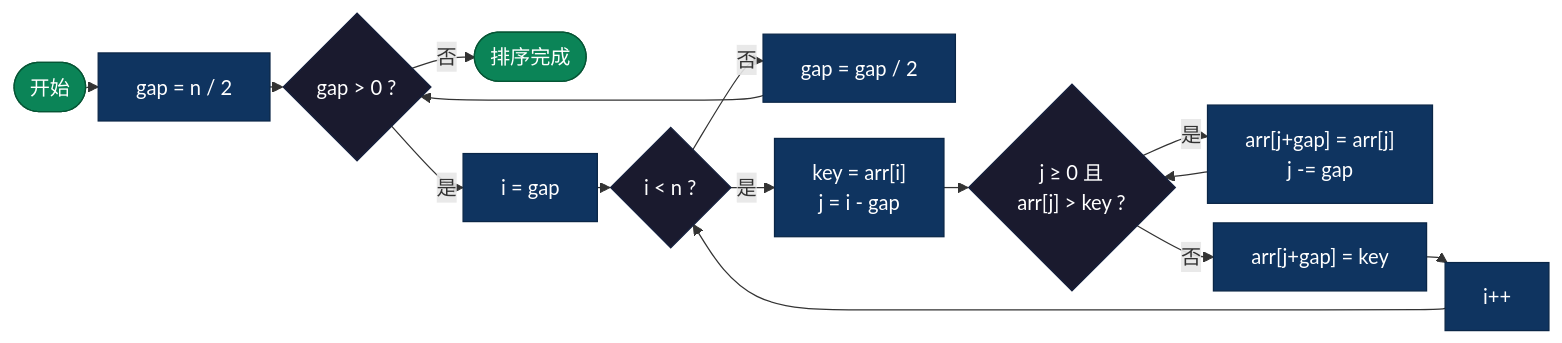
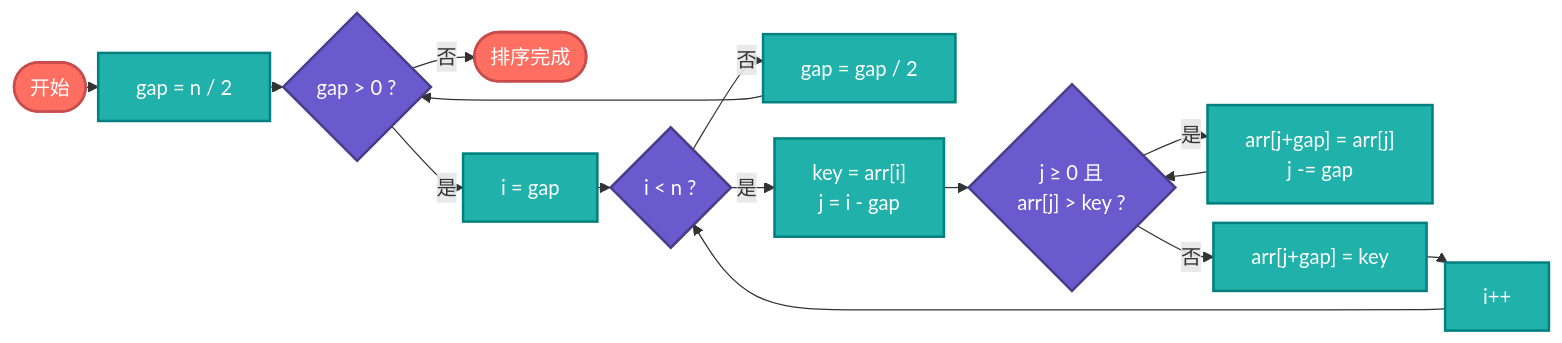
The sixth of 14 diagrams in sorting/AI-Era-Top-10-Sorting-Algorithms.md (microwind/algorithms), drawn with Mermaid before and after one commit. The commit also changed other lines of this file and 36 other files, not shown here.

````diff
--- a/sorting/AI-Era-Top-10-Sorting-Algorithms.md
+++ b/sorting/AI-Era-Top-10-Sorting-Algorithms.md
@@ -334,26 +335,28 @@
 ```mermaid
 %%{init: {'flowchart': {'nodeSpacing': 10, 'rankSpacing': 10, 'padding': 15}}}%%
 graph LR
     S(["开始"]) --> GAP["gap = n / 2"]
     GAP --> GCHK{"gap > 0 ?"}
     GCHK -->|"否"| END(["排序完成"])
     GCHK -->|"是"| IINIT["i = gap"]
     IINIT --> ICHK{"i < n ?"}
     ICHK -->|"否"| GSHR["gap = gap / 2"]
     GSHR --> GCHK
     ICHK -->|"是"| KEY["key = arr[i]\nj = i - gap"]
     KEY --> INNER{"j ≥ 0 且\narr[j] > key ?"}
     INNER -->|"是"| SHIFT["arr[j+gap] = arr[j]\nj -= gap"]
     SHIFT --> INNER
     INNER -->|"否"| PLACE["arr[j+gap] = key"]
     PLACE --> INC["i++"]
     INC --> ICHK
 
-    classDef start fill:#0b8457,color:#fff,stroke:#065535
-    classDef decision fill:#1a1a2e,color:#fff,stroke:#16213e
-    classDef process fill:#0f3460,color:#fff,stroke:#0a2647
+    %% 节点配色
+    classDef start fill:#ff6f61,color:#fff,stroke:#c94c4c,stroke-width:2px
+    classDef decision fill:#6a5acd,color:#fff,stroke:#483d8b,stroke-width:2px
+    classDef process fill:#20b2aa,color:#fff,stroke:#008080,stroke-width:2px
 
+    %% 应用样式
     class S,END start
     class GCHK,ICHK,INNER decision
     class GAP,IINIT,KEY,SHIFT,PLACE,INC,GSHR process
 ```
````
